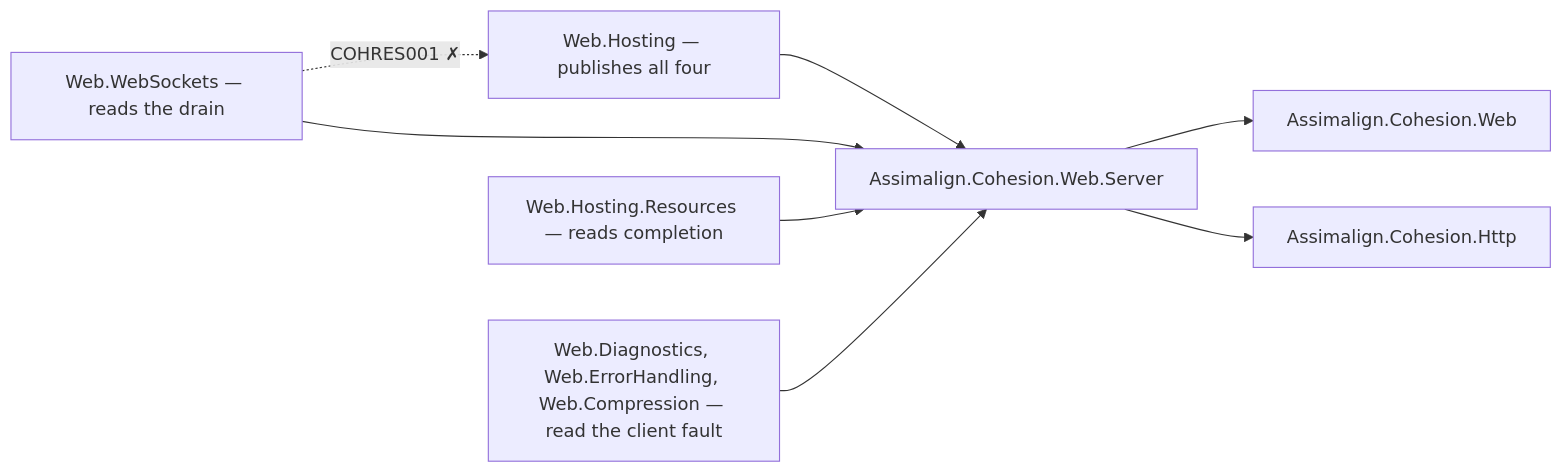
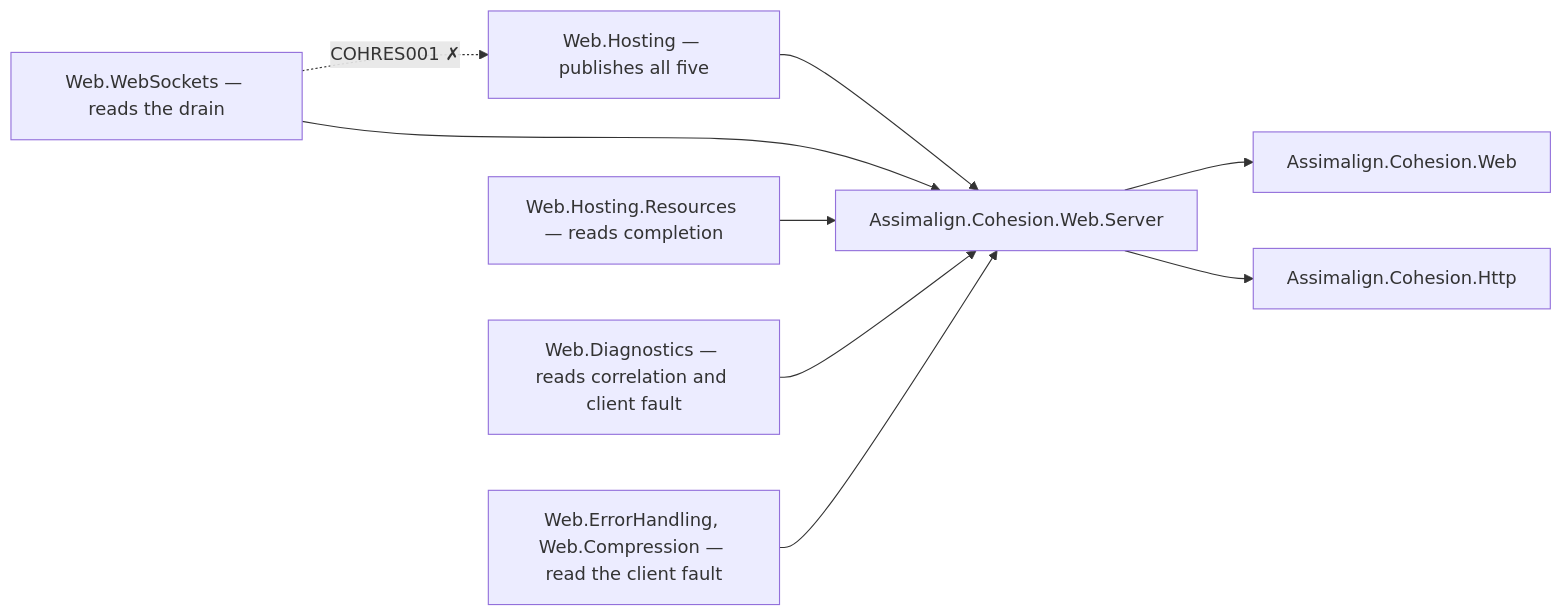
Before and after one commit to assimalign/cohesion: the diagram in resources/Web/Assimalign.Cohesion.Web.Server/docs/DESIGN.md, drawn with Mermaid. The commit also changed other lines of this file and 16 other files, not shown here.

First line of the commit message:
fix(web): correlate HTTP logs with the exchange server span [L03.01.01.30]

````diff
--- a/resources/Web/Assimalign.Cohesion.Web.Server/docs/DESIGN.md
+++ b/resources/Web/Assimalign.Cohesion.Web.Server/docs/DESIGN.md
@@ -26,10 +27,11 @@
 ```mermaid
 flowchart LR
     Server["Assimalign.Cohesion.Web.Server"] --> Root["Assimalign.Cohesion.Web"]
     Server --> Http["Assimalign.Cohesion.Http"]
-    Hosting["Web.Hosting — publishes all four"] --> Server
+    Hosting["Web.Hosting — publishes all five"] --> Server
     WebSockets["Web.WebSockets — reads the drain"] --> Server
     Resources["Web.Hosting.Resources — reads completion"] --> Server
-    Faults["Web.Diagnostics, Web.ErrorHandling, Web.Compression — read the client fault"] --> Server
+    Logging["Web.Diagnostics — reads correlation and client fault"] --> Server
+    Faults["Web.ErrorHandling, Web.Compression — read the client fault"] --> Server
     WebSockets -.->|"COHRES001 ✗"| Hosting
 ```
````
